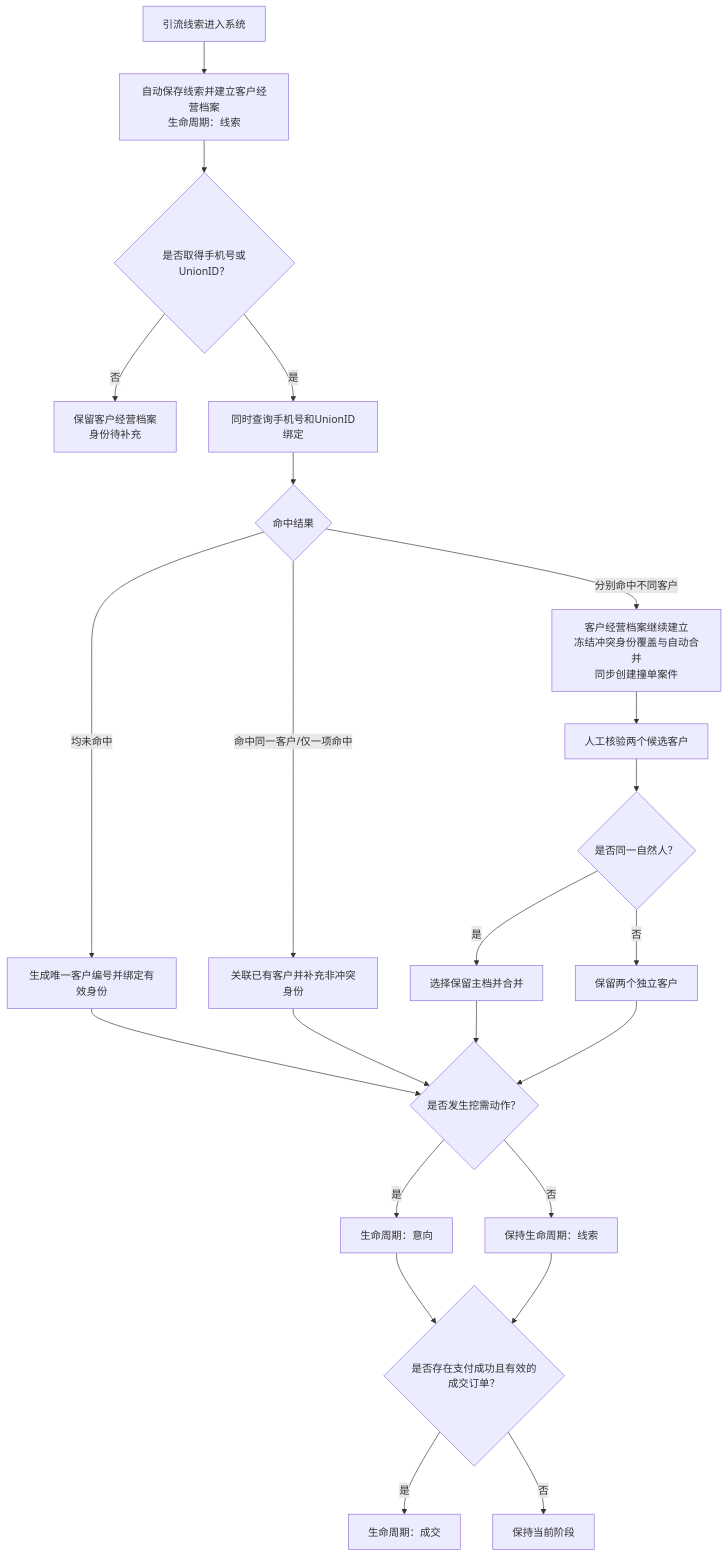
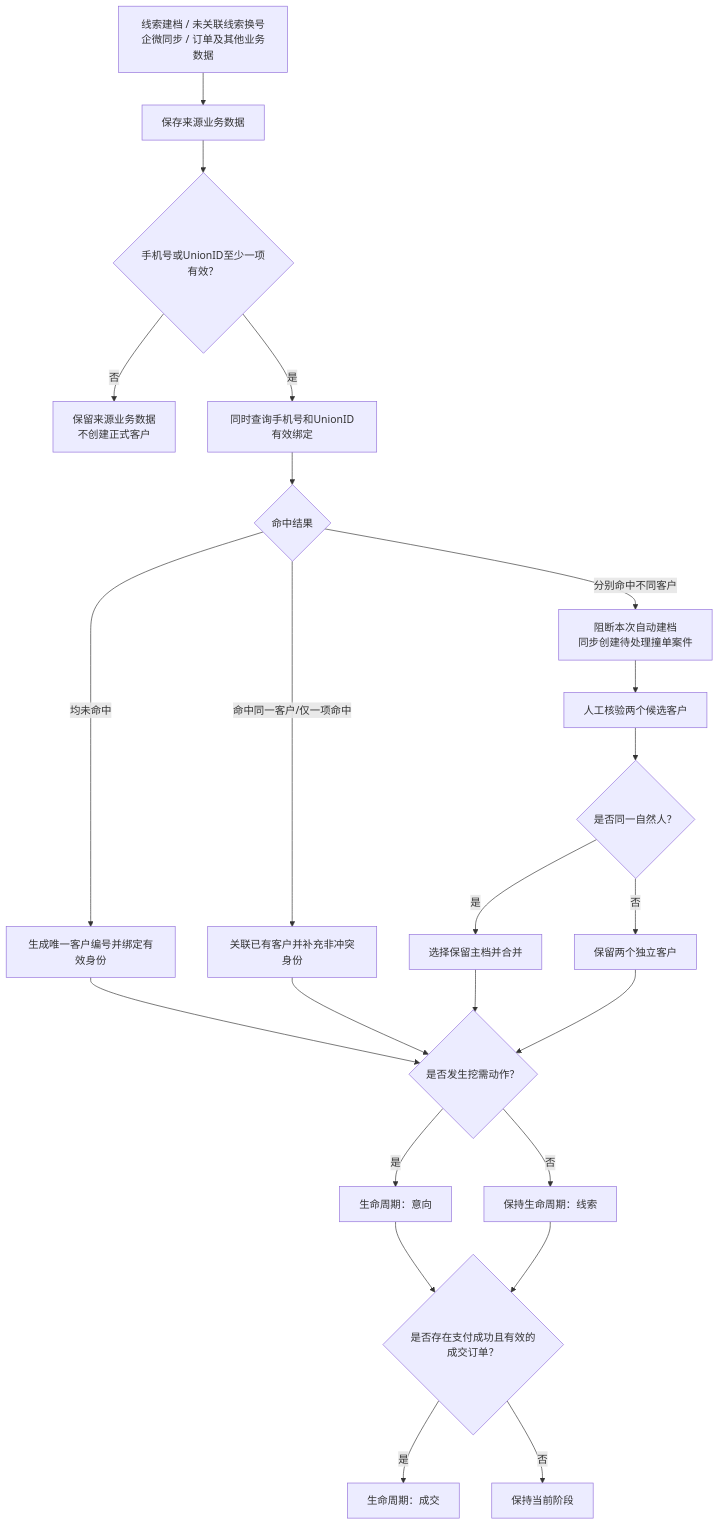
Before and after one commit to freya-pr/heshu-boss-demo: the third of 3 diagrams in docs/product/合数BOSS V1.0客户中心需求文档.md, drawn with Mermaid. The commit also changed other lines of this file and 26 other files, not shown here.

````diff
--- a/docs/product/合数BOSS V1.0客户中心需求文档.md
+++ b/docs/product/合数BOSS V1.0客户中心需求文档.md
@@ -247,25 +242,25 @@
 ```mermaid
 flowchart TD
-    A["引流线索进入系统"] --> B["自动保存线索并建立客户经营档案<br/>生命周期：线索"]
-    B --> C{"是否取得手机号或UnionID？"}
-    C -- "否" --> X["保留客户经营档案<br/>身份待补充"]
-    C -- "是" --> D["同时查询手机号和UnionID绑定"]
+    A["线索建档 / 未关联线索换号<br/>企微同步 / 订单及其他业务数据"] --> B["保存来源业务数据"]
+    B --> C{"手机号或UnionID至少一项有效？"}
+    C -- "否" --> X["保留来源业务数据<br/>不创建正式客户"]
+    C -- "是" --> D["同时查询手机号和UnionID有效绑定"]
     D --> E{"命中结果"}
     E -- "均未命中" --> F["生成唯一客户编号并绑定有效身份"]
     E -- "命中同一客户/仅一项命中" --> G["关联已有客户并补充非冲突身份"]
-    E -- "分别命中不同客户" --> H["客户经营档案继续建立<br/>冻结冲突身份覆盖与自动合并<br/>同步创建撞单案件"]
+    E -- "分别命中不同客户" --> H["阻断本次自动建档<br/>同步创建待处理撞单案件"]
     F --> L1{"是否发生挖需动作？"}
     G --> L1
     H --> I["人工核验两个候选客户"]
     I --> J{"是否同一自然人？"}
     J -- "是" --> K["选择保留主档并合并"]
     J -- "否" --> L["保留两个独立客户"]
     K --> L1
     L --> L1
     L1 -- "是" --> M["生命周期：意向"]
     L1 -- "否" --> N["保持生命周期：线索"]
     M --> O{"是否存在支付成功且有效的成交订单？"}
     N --> O
     O -- "是" --> P["生命周期：成交"]
     O -- "否" --> Q["保持当前阶段"]
 ```
````
